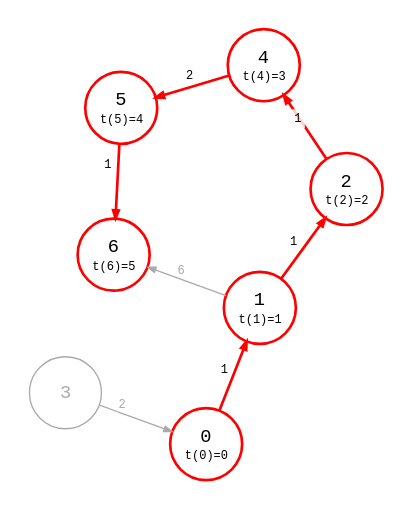
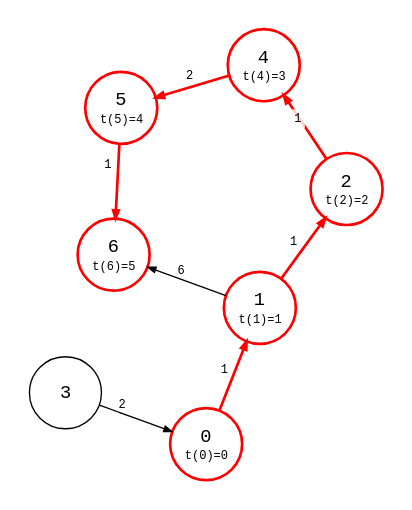
One commit to bsdrks/graaf-images changed the diagram in src/dijkstra_1-0.87.4.dot. Above: the diagram before and after it, drawn with Graphviz. The commit also changed 168 other files, not shown here.

```diff
--- a/src/dijkstra_1-0.87.4.dot
+++ b/src/dijkstra_1-0.87.4.dot
@@ -1,190 +1,190 @@
 digraph {
     node [shape=circle, fontname="monospace", fixedsize=true, width="0.75"];
     edge [arrowsize=0.6, fontname="monospace", fontsize=9];
     layout=neato;
     scale=1.4;
     // normalize=true;
     pad=0.2;
     // splines=line
 
-    3 [color="#aaaaaa", fontcolor="#aaaaaa"];
+    3 [color="#bbb", fontcolor="#bbb"];
     0, 1, 2, 4, 5, 6 [style=bold, color=red];
 
     0 [
         label=<
             <table border="0" cellpadding="1" cellspacing="0">
                 <tr>
                     <td>0</td>
                 </tr>
                 <tr>
                     <td><font point-size="9">t(0)=0</font></td>
                 </tr>
             </table>
         >;
         color=red;
         style=bold
     ];
 
     1 [
         label=<
             <table border="0" cellpadding="1" cellspacing="0">
                 <tr>
                     <td>1</td>
                 </tr>
                 <tr>
                     <td><font point-size="9">t(1)=1</font></td>
                 </tr>
             </table>
         >;
         color=red;
         style=bold
     ];
 
     2 [
         label=<
             <table border="0" cellpadding="1" cellspacing="0">
                 <tr>
                     <td>2</td>
                 </tr>
                 <tr>
                     <td><font point-size="9">t(2)=2</font></td>
                 </tr>
             </table>
         >;
     ];
 
     3 [
         label=<
             <table border="0" cellpadding="1" cellspacing="0">
                 <tr>
                     <td>3</td>
                 </tr>
             </table>
         >;
     ];
 
     4 [
         label=<
             <table border="0" cellpadding="1" cellspacing="0">
                 <tr>
                     <td>4</td>
                 </tr>
                 <tr>
                     <td><font point-size="9">t(4)=3</font></td>
                 </tr>
             </table>
         >;
     ];
 
     5 [
         label=<
             <table border="0" cellpadding="1" cellspacing="0">
                 <tr>
                     <td>5</td>
                 </tr>
                 <tr>
                     <td><font point-size="9">t(5)=4</font></td>
                 </tr>
             </table>
         >;
     ];
 
     6 [
         label=<
             <table border="0" cellpadding="1" cellspacing="0">
                 <tr>
                     <td>6</td>
                 </tr>
                 <tr>
                     <td><font point-size="9">t(6)=5</font></td>
                 </tr>
             </table>
         >;
     ];
 
     0 -> 1 [
         color=red;
         style=bold;
         label=<
             <table border="0" cellpadding="2" cellspacing="0">
                 <tr>
                     <td>1</td>
                 </tr>
             </table>
         >
     ];
 
     1 -> 2 [
         style=bold; 
         color=red; 
         label=<
             <table border="0" cellpadding="2" cellspacing="0">
                 <tr>
                     <td>1</td>
                 </tr>
             </table>
         >
     ];
 
     1 -> 6 [
-        color="#aaaaaa";
-        fontcolor="#aaaaaa";
+        color="#bbb";
+        fontcolor="#bbb";
         label=<
             <table border="0" cellpadding="4" cellspacing="0">
                 <tr>
                     <td>6</td>
                 </tr>
             </table>
         >
     ];
 
     2 -> 4 [
         style=bold; 
         color=red; 
         label=<
             <table border="0" cellpadding="2" cellspacing="2">
                 <tr>
                     <td bgcolor="#ffffffcc">1</td>
                 </tr>
             </table>
         >
     ];
 
     3 -> 0 [
-        color="#aaaaaa";
-        fontcolor="#aaaaaa";
+        color="#bbb";
+        fontcolor="#bbb";
         label=<
             <table border="0" cellpadding="4" cellspacing="0">
                 <tr>
                     <td>2</td>
                 </tr>
             </table>
         >
     ];
 
     4 -> 5 [
         style=bold; 
         color=red; 
         label=<
             <table border="0" cellpadding="2" cellspacing="0">
                 <tr>
                     <td>2</td>
                 </tr>
             </table>
         >
     ];
 
     5 -> 6 [
         style=bold; 
         color=red; 
         label=<
             <table border="0" cellpadding="2" cellspacing="2">
                 <tr>
                     <td bgcolor="#ffffffcc">1</td>
                 </tr>
             </table>
         >
     ];
 
     6 -> 3 [style=invis];
 }
```
